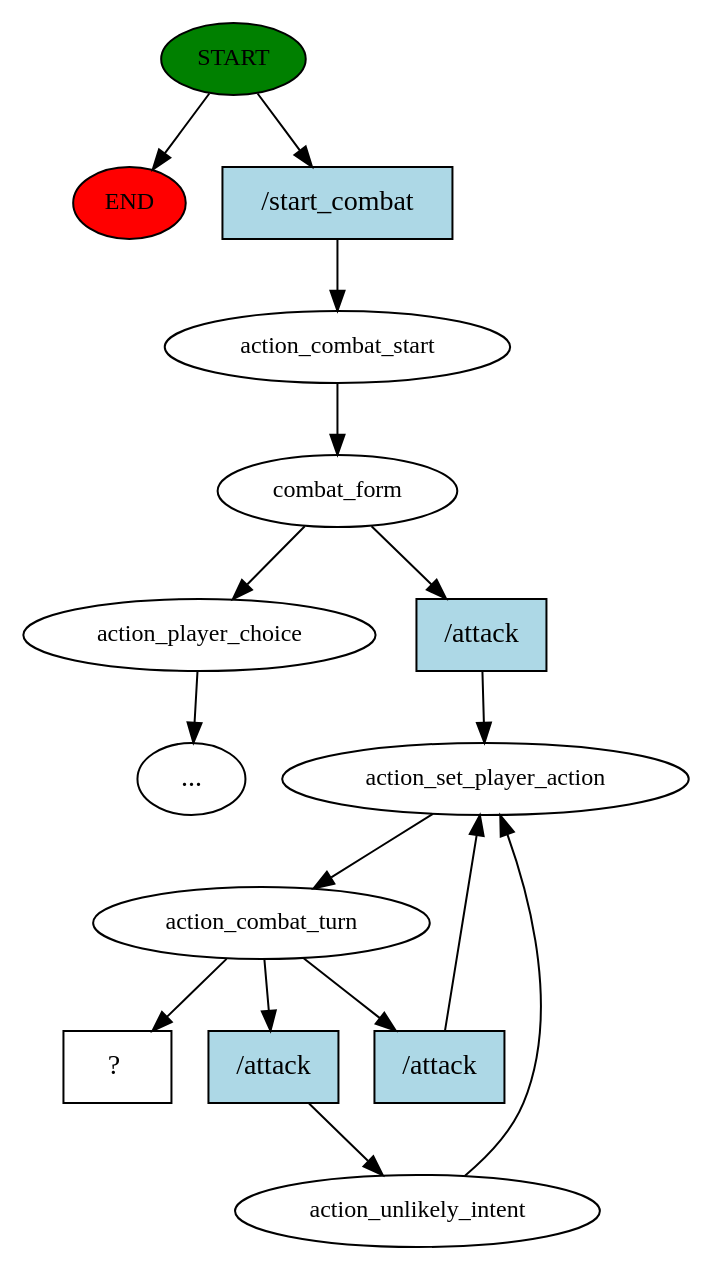
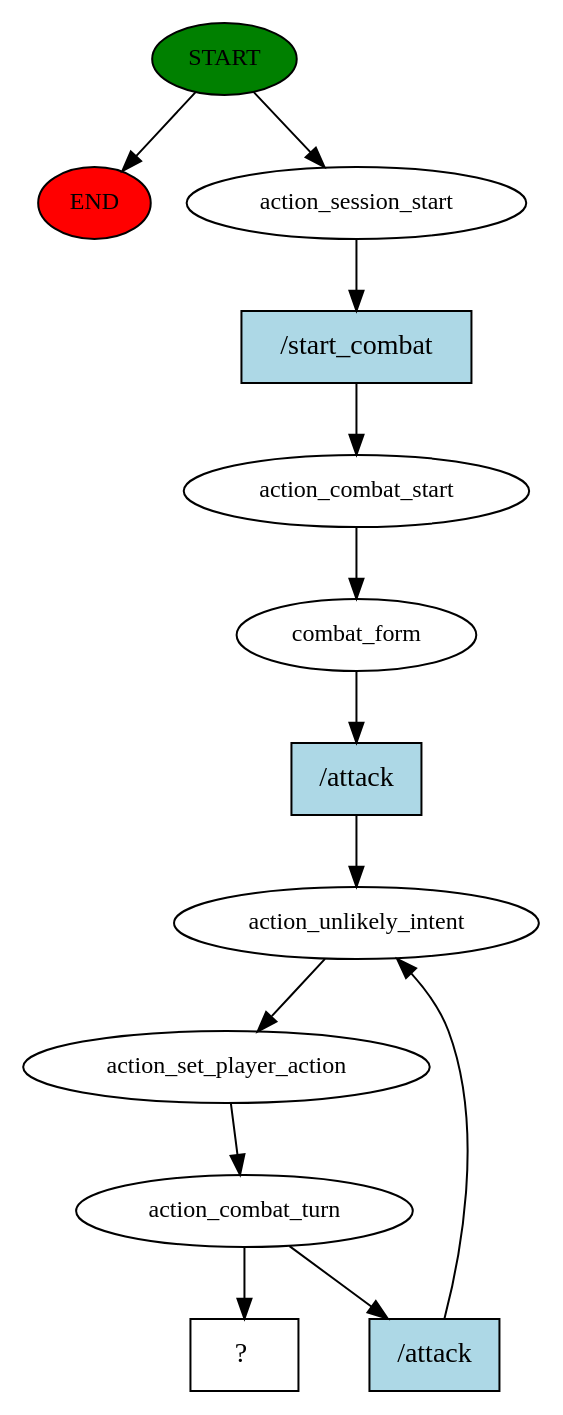
The diagram in main_DnD/story_graph.dot (Zizeo/projet-interaction), drawn with Graphviz before and after one commit. The commit also changed 6 other files, not shown here.

```diff
--- a/main_DnD/story_graph.dot
+++ b/main_DnD/story_graph.dot
@@ -1,31 +1,26 @@
 digraph  {
 0 [class="start active", fillcolor=green, fontsize=12, label=START, style=filled];
 "-1" [class=end, fillcolor=red, fontsize=12, label=END, style=filled];
-1 [class=active, fontsize=12, label=action_combat_start];
-2 [class=active, fontsize=12, label=combat_form];
-3 [class="", fontsize=12, label=action_player_choice];
-"-6" [class=ellipsis, label="..."];
-15 [class=active, fontsize=12, label=action_set_player_action];
-16 [class=active, fontsize=12, label=action_combat_turn];
-17 [class=active, fontsize=12, label=action_unlikely_intent];
-22 [class="intent dashed active", label="  ?  ", shape=rect];
-23 [class="intent active", fillcolor=lightblue, label="/start_combat", shape=rect, style=filled];
-24 [class="intent active", fillcolor=lightblue, label="/attack", shape=rect, style=filled];
-25 [class="intent active", fillcolor=lightblue, label="/attack", shape=rect, style=filled];
-26 [class="intent active", fillcolor=lightblue, label="/attack", shape=rect, style=filled];
+1 [class=active, fontsize=12, label=action_session_start];
+2 [class=active, fontsize=12, label=action_combat_start];
+3 [class=active, fontsize=12, label=combat_form];
+4 [class=active, fontsize=12, label=action_unlikely_intent];
+5 [class=active, fontsize=12, label=action_set_player_action];
+6 [class=active, fontsize=12, label=action_combat_turn];
+10 [class="intent dashed active", label="  ?  ", shape=rect];
+11 [class="intent active", fillcolor=lightblue, label="/start_combat", shape=rect, style=filled];
+12 [class="intent active", fillcolor=lightblue, label="/attack", shape=rect, style=filled];
+13 [class="intent active", fillcolor=lightblue, label="/attack", shape=rect, style=filled];
 0 -> "-1"  [class="", key=NONE, label=""];
-0 -> 23  [class=active, key=0];
-1 -> 2  [class=active, key=NONE, label=""];
-2 -> 3  [class="", key=NONE, label=""];
-2 -> 24  [class=active, key=0];
-3 -> "-6"  [class="", key=NONE, label=""];
-15 -> 16  [class=active, key=NONE, label=""];
-16 -> 22  [class=active, key=NONE, label=""];
-16 -> 25  [class=active, key=0];
-16 -> 26  [class=active, key=0];
-17 -> 15  [class=active, key=NONE, label=""];
-23 -> 1  [class=active, key=0];
-24 -> 15  [class=active, key=0];
-25 -> 17  [class=active, key=0];
-26 -> 15  [class=active, key=0];
+0 -> 1  [class=active, key=NONE, label=""];
+1 -> 11  [class=active, key=0];
+2 -> 3  [class=active, key=NONE, label=""];
+3 -> 12  [class=active, key=0];
+4 -> 5  [class=active, key=NONE, label=""];
+5 -> 6  [class=active, key=NONE, label=""];
+6 -> 10  [class=active, key=NONE, label=""];
+6 -> 13  [class=active, key=0];
+11 -> 2  [class=active, key=0];
+12 -> 4  [class=active, key=0];
+13 -> 4  [class=active, key=0];
 }
```
